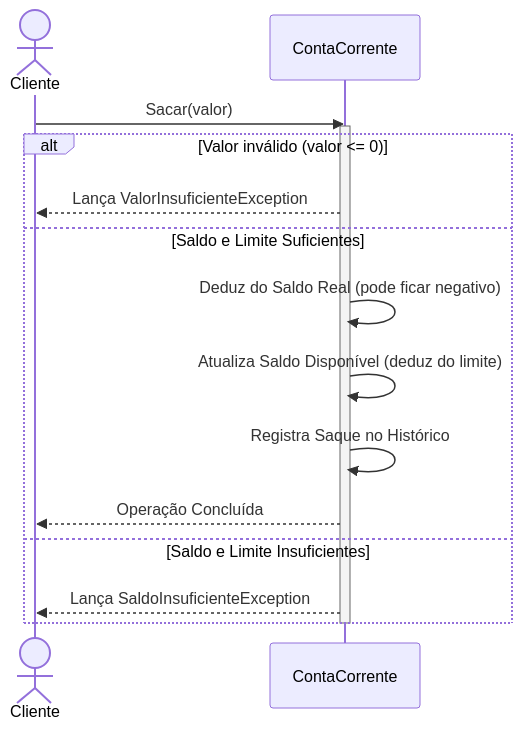
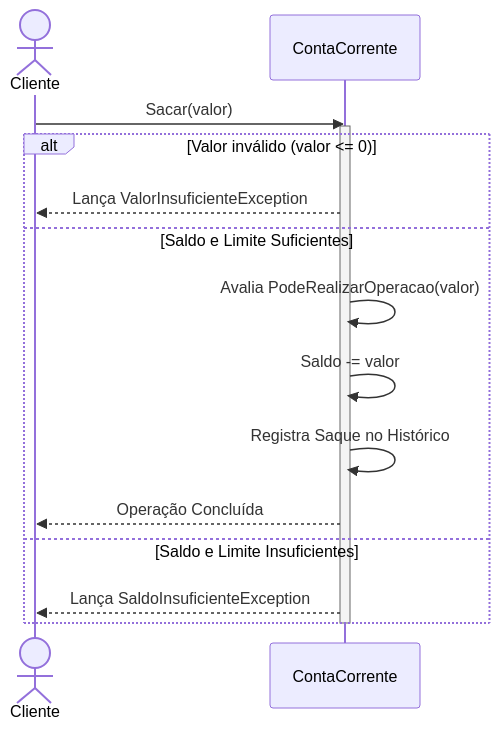
One commit to kenzofrias/ProjetoBanco changed the third of 4 diagrams in README.md. Above: the diagram before and after it, drawn with Mermaid. The commit also changed other lines of this file, not shown here.

Commit message:
docs: atualiza README

````diff
--- a/README.md
+++ b/README.md
@@ -164,21 +158,21 @@
 ```mermaid 
 sequenceDiagram
   actor Cliente
   participant Conta as ContaCorrente
   
   Cliente->>Conta: Sacar(valor)
   activate Conta
 
   alt Valor inválido (valor <= 0)
     Conta-->>Cliente: Lança ValorInsuficienteException
   else Saldo e Limite Suficientes
-   Conta->>Conta: Deduz do Saldo Real (pode ficar negativo)
-   Conta->>Conta: Atualiza Saldo Disponível (deduz do limite)
+   Conta->>Conta: Avalia PodeRealizarOperacao(valor)
+   Conta->>Conta: Saldo -= valor
    Conta->>Conta: Registra Saque no Histórico
    Conta-->>Cliente: Operação Concluída
   else Saldo e Limite Insuficientes
    Conta-->>Cliente: Lança SaldoInsuficienteException
   end
   
   deactivate Conta
 ```
````
